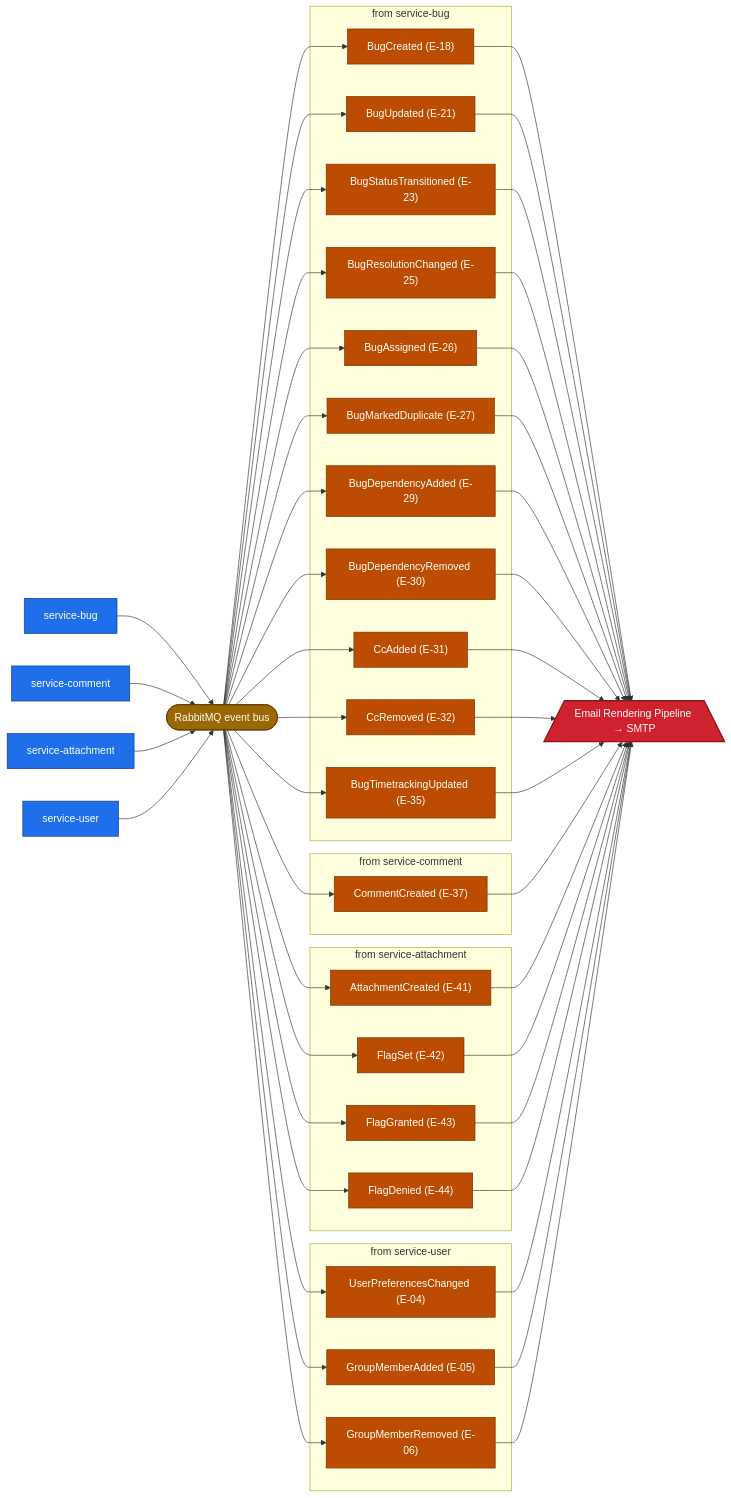
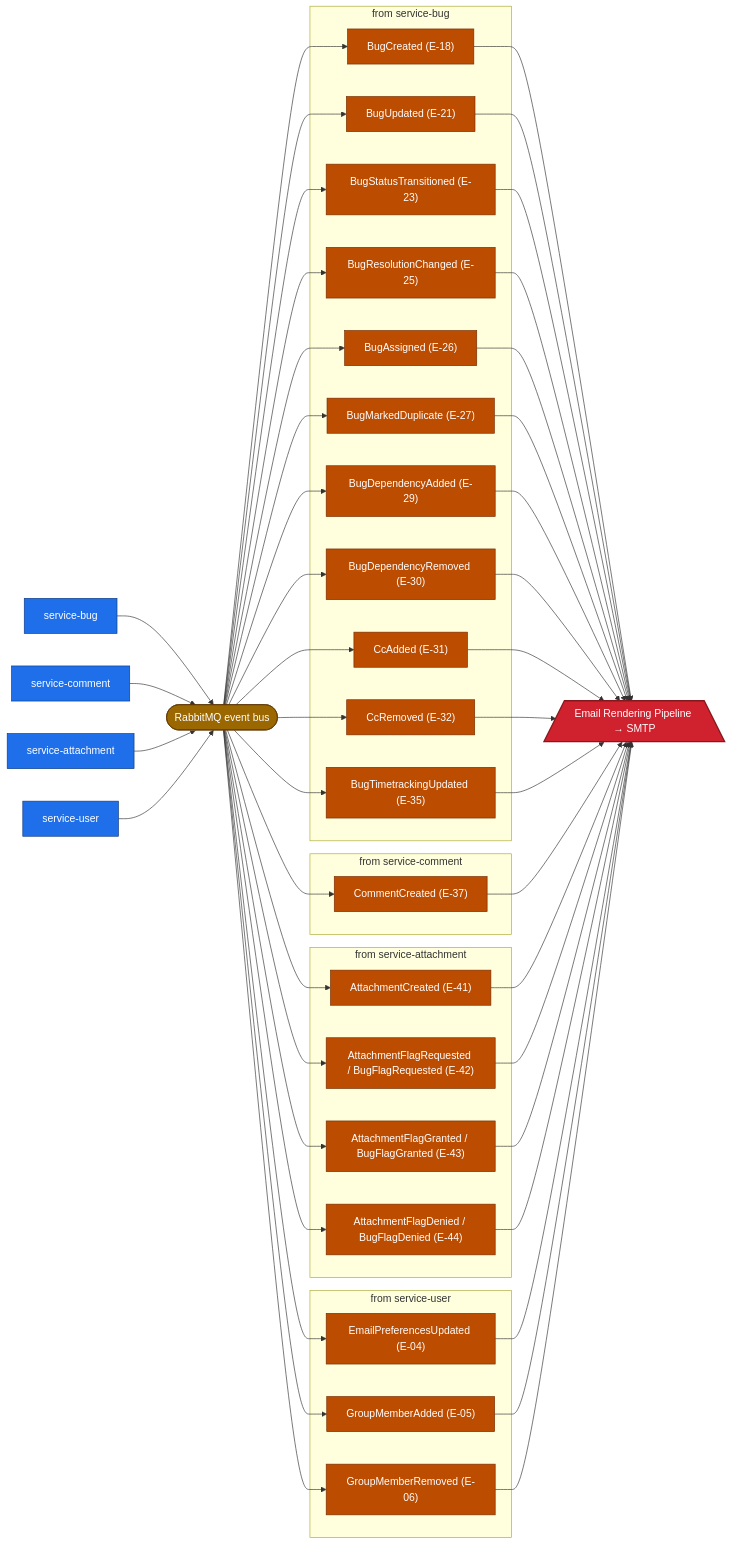
Before and after one commit to josh289/discovery-docs-example: the second of 2 diagrams in c4/component-notification.md, drawn with Mermaid. The commit also changed other lines of this file and 17 other files, not shown here.

```diff
--- a/c4/component-notification.md
+++ b/c4/component-notification.md
@@ -126,13 +128,13 @@
 
     subgraph from_attachment["from service-attachment"]
         ac["AttachmentCreated (E-41)"]:::event
-        fs["FlagSet (E-42)"]:::event
-        fg["FlagGranted (E-43)"]:::event
-        fd["FlagDenied (E-44)"]:::event
+        fs["AttachmentFlagRequested / BugFlagRequested (E-42)"]:::event
+        fg["AttachmentFlagGranted / BugFlagGranted (E-43)"]:::event
+        fd["AttachmentFlagDenied / BugFlagDenied (E-44)"]:::event
     end
 
     subgraph from_user["from service-user"]
-        upc["UserPreferencesChanged (E-04)"]:::event
+        upc["EmailPreferencesUpdated (E-04)"]:::event
         gma["GroupMemberAdded (E-05)"]:::event
         gmr["GroupMemberRemoved (E-06)"]:::event
     end
```
